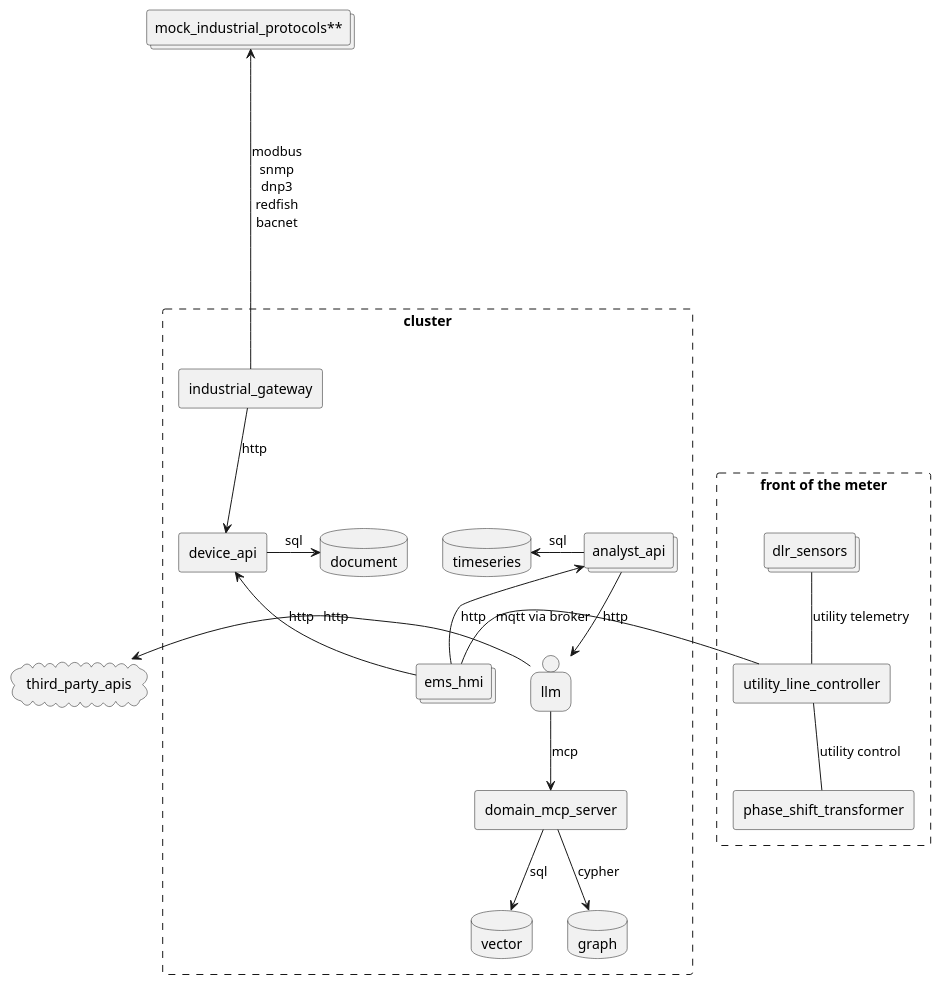
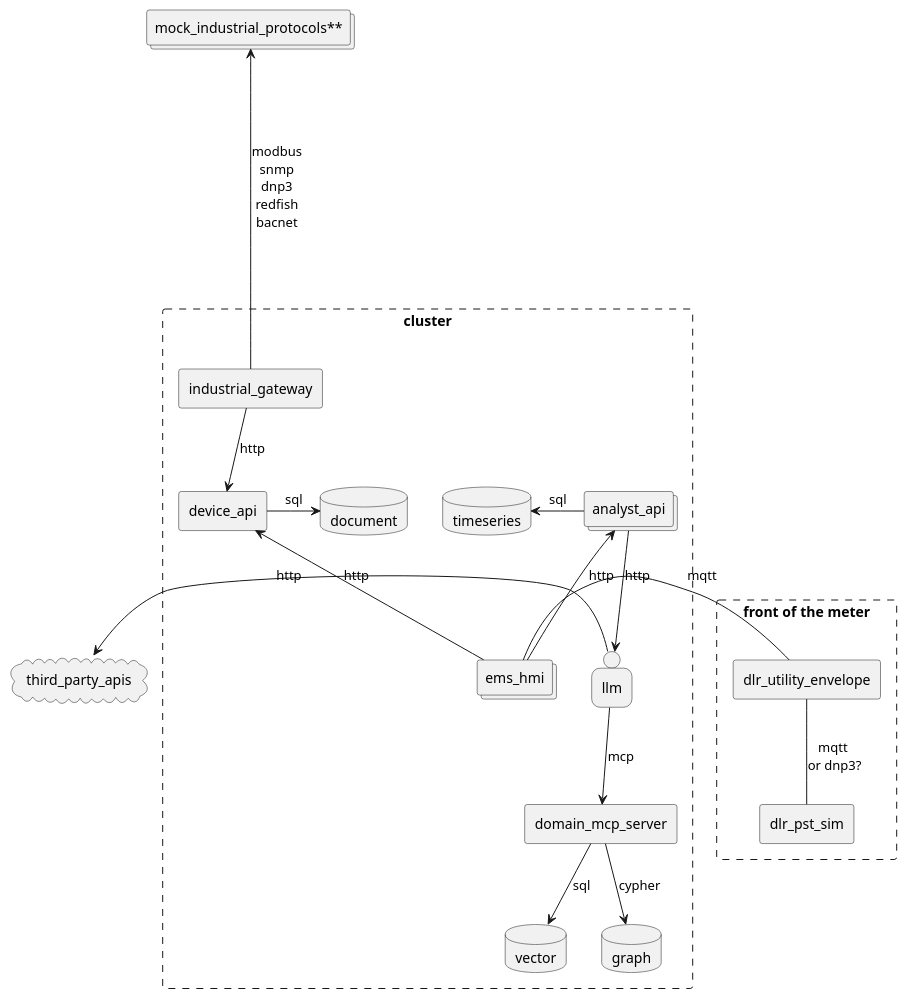
Before and after one commit to arcnode-io/ems: the first of 6 diagrams in readme.md, drawn with PlantUML.

Commit message:
📝 docs: update system diagram for dlr-* rename (dlr_utility_envelope + dlr_pst_sim nodes)

````diff
--- a/readme.md
+++ b/readme.md
@@ -28,35 +28,33 @@
 ```plantuml
 collections "mock_industrial_protocols**" as mock_industrial_protocols
 rectangle  "front of the meter" #line.dashed {
-  collections dlr_sensors
-  rectangle utility_line_controller
-  rectangle phase_shift_transformer
+  rectangle dlr_utility_envelope
+  rectangle dlr_pst_sim
 }
 cloud third_party_apis
 rectangle cluster #line.dashed {
     rectangle industrial_gateway
     rectangle device_api
     database timeseries
     database vector
     database graph
     collections analyst_api
     database document
     collections ems_hmi
     person llm
     rectangle domain_mcp_server
 }
-dlr_sensors -d- utility_line_controller: utility telemetry
-utility_line_controller -- phase_shift_transformer: utility control
-utility_line_controller -r- ems_hmi: mqtt via broker
+dlr_utility_envelope -- dlr_pst_sim: mqtt \nor dnp3?
+dlr_utility_envelope -r- ems_hmi: mqtt 
 industrial_gateway -u---> mock_industrial_protocols: modbus\nsnmp\ndnp3\nredfish\nbacnet
 industrial_gateway --> device_api: http
 ems_hmi -u-> device_api: http
 device_api -r-> document: sql
 analyst_api -l-> timeseries: sql
 llm -d-> domain_mcp_server: mcp
 domain_mcp_server -d-> vector: sql
 domain_mcp_server -d-> graph: cypher
 ems_hmi -u-> analyst_api: http
 analyst_api -d-> llm: http
 llm -l-> third_party_apis: http
 ```
````
